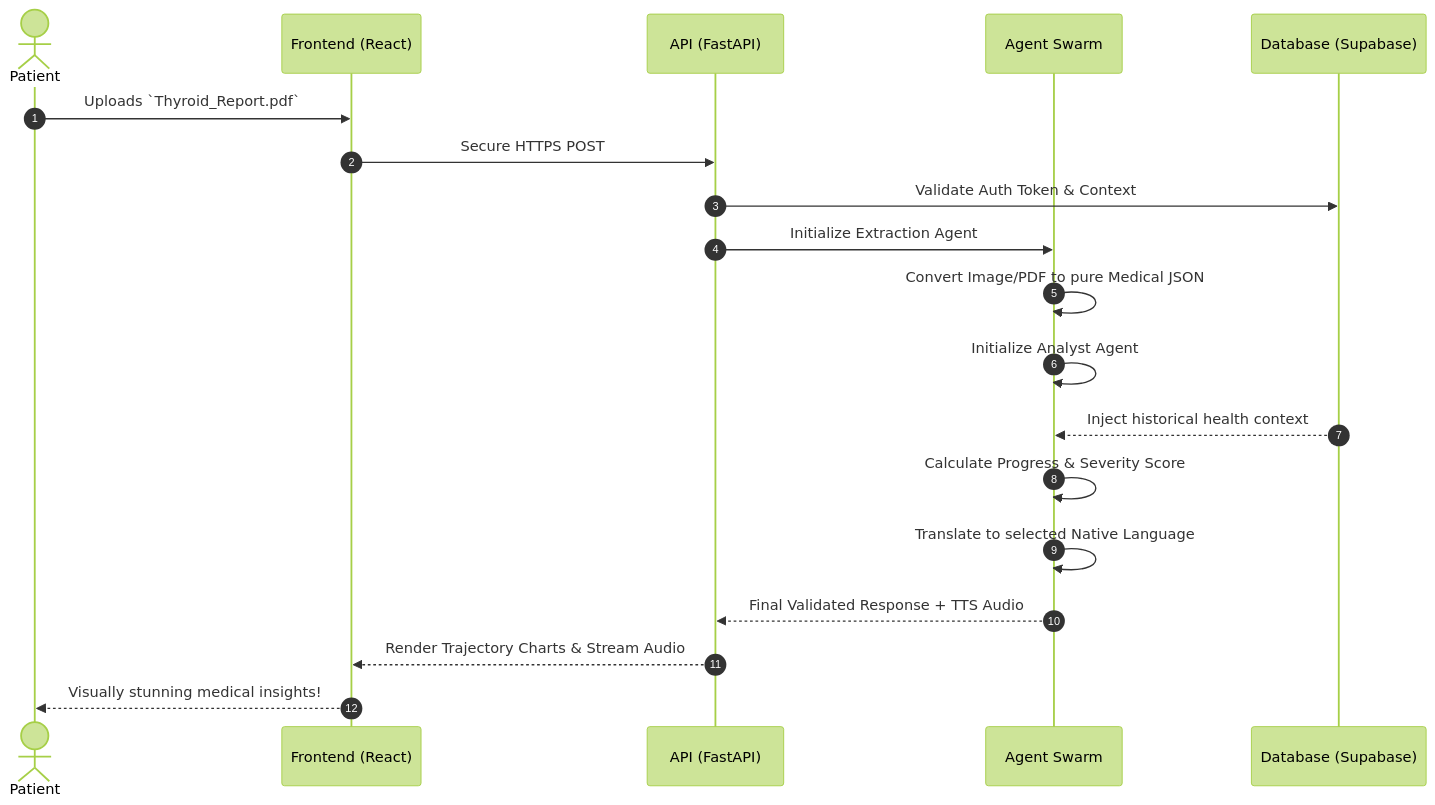
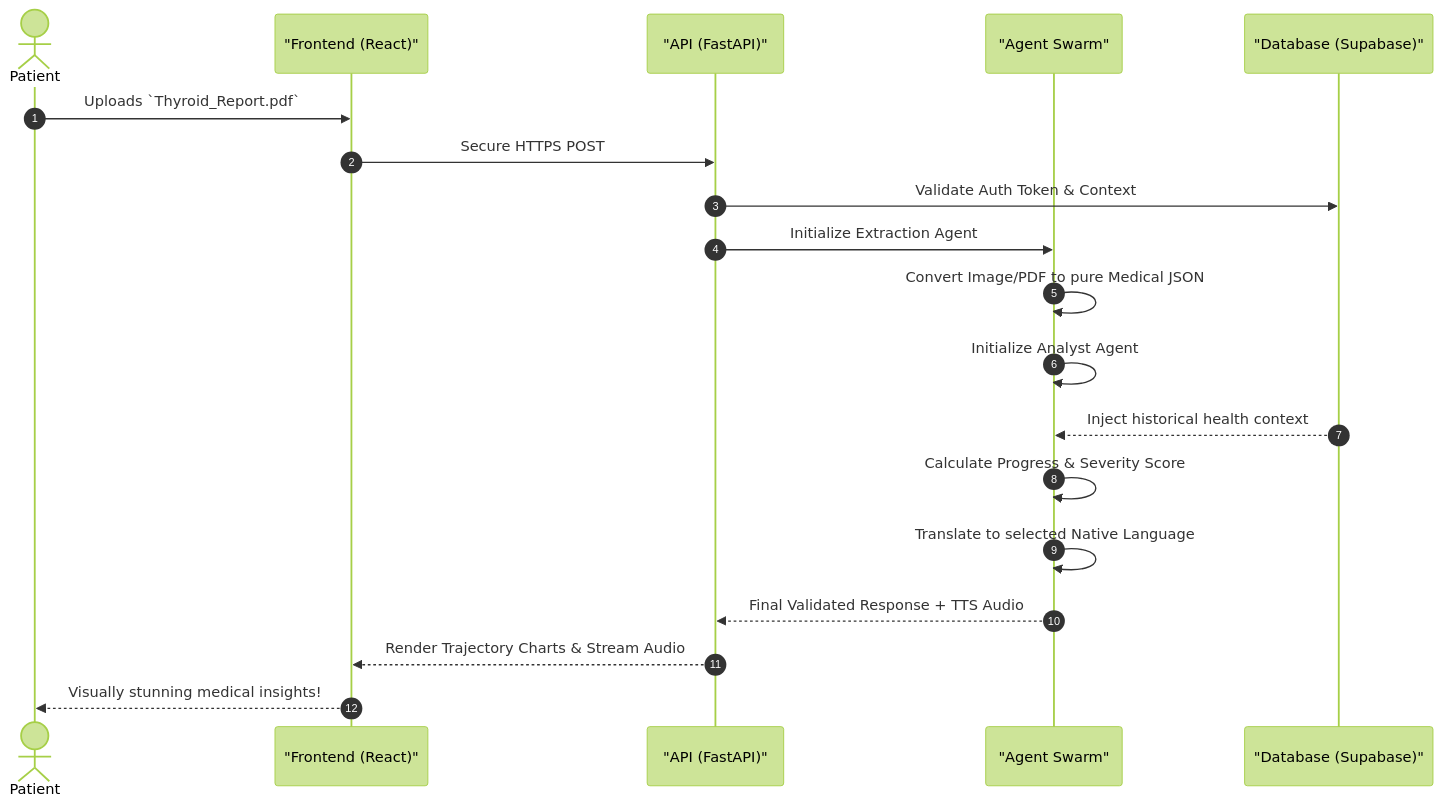
One commit to Paarth-dev-lab/Nidaan-ai changed the second of 2 diagrams in README.md. Above: the diagram before and after it, drawn with Mermaid (forest theme). The commit also changed other lines of this file, not shown here.

Commit message:
Fix mermaid node label parsing errors

````diff
--- a/README.md
+++ b/README.md
@@ -104,22 +104,22 @@
 ```mermaid
 sequenceDiagram
     autonumber
     actor Patient
-    participant Interface as Frontend (React)
-    participant Core as API (FastAPI)
-    participant Swarm as Agent Swarm
-    participant Vault as Database (Supabase)
+    participant Interface as "Frontend (React)"
+    participant Core as "API (FastAPI)"
+    participant Swarm as "Agent Swarm"
+    participant Vault as "Database (Supabase)"
 
     Patient->>Interface: Uploads `Thyroid_Report.pdf`
     Interface->>Core: Secure HTTPS POST
     Core->>Vault: Validate Auth Token & Context
     Core->>Swarm: Initialize Extraction Agent
     Swarm->>Swarm: Convert Image/PDF to pure Medical JSON
     Swarm->>Swarm: Initialize Analyst Agent
     Vault-->>Swarm: Inject historical health context
     Swarm->>Swarm: Calculate Progress & Severity Score
     Swarm->>Swarm: Translate to selected Native Language
     Swarm-->>Core: Final Validated Response + TTS Audio
     Core-->>Interface: Render Trajectory Charts & Stream Audio
     Interface-->>Patient: Visually stunning medical insights!
 ```
````
